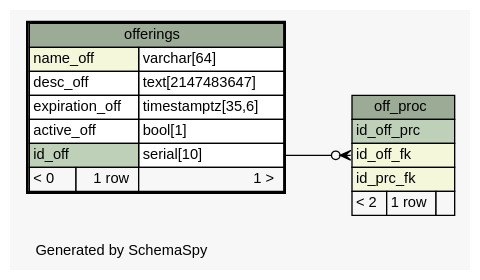
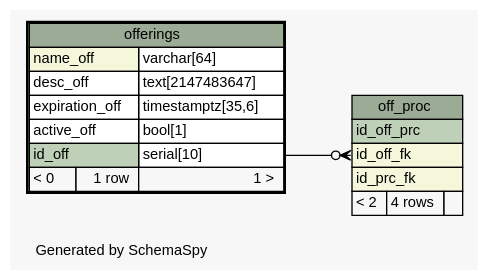
One commit to istSOS/istsos2 changed the diagram in documentation/_static/istsosDB/diagrams/offerings.1degree.dot. Above: the diagram before and after it, drawn with Graphviz. The commit also changed 92 other files, not shown here.

Commit message:
add new schema documentation

```diff
--- a/documentation/_static/istsosDB/diagrams/offerings.1degree.dot
+++ b/documentation/_static/istsosDB/diagrams/offerings.1degree.dot
@@ -1,49 +1,49 @@
-// dot 2.26.3 on Linux 3.2.0-38-generic-pae
-// SchemaSpy rev 590
+// dot 2.36.0 on Linux 3.16.7-031607-generic
+// SchemaSpy rev Unknown
 digraph "oneDegreeRelationshipsDiagram" {
   graph [
     rankdir="RL"
     bgcolor="#f7f7f7"
     label="\nGenerated by SchemaSpy"
     labeljust="l"
     nodesep="0.18"
     ranksep="0.46"
     fontname="Helvetica"
     fontsize="11"
   ];
   node [
     fontname="Helvetica"
     fontsize="11"
     shape="plaintext"
   ];
   edge [
     arrowsize="0.8"
   ];
   "off_proc":"id_off_fk":w -> "offerings":"id_off.type":e [arrowhead=none dir=back arrowtail=crowodot];
   "off_proc" [
     label=<
     <TABLE BORDER="0" CELLBORDER="1" CELLSPACING="0" BGCOLOR="#ffffff">
       <TR><TD COLSPAN="3" BGCOLOR="#9bab96" ALIGN="CENTER">off_proc</TD></TR>
       <TR><TD PORT="id_off_prc" COLSPAN="3" BGCOLOR="#bed1b8" ALIGN="LEFT">id_off_prc</TD></TR>
       <TR><TD PORT="id_off_fk" COLSPAN="3" BGCOLOR="#f4f7da" ALIGN="LEFT">id_off_fk</TD></TR>
       <TR><TD PORT="id_prc_fk" COLSPAN="3" BGCOLOR="#f4f7da" ALIGN="LEFT">id_prc_fk</TD></TR>
-      <TR><TD ALIGN="LEFT" BGCOLOR="#f7f7f7">&lt; 2</TD><TD ALIGN="RIGHT" BGCOLOR="#f7f7f7">1 row</TD><TD ALIGN="RIGHT" BGCOLOR="#f7f7f7">  </TD></TR>
+      <TR><TD ALIGN="LEFT" BGCOLOR="#f7f7f7">&lt; 2</TD><TD ALIGN="RIGHT" BGCOLOR="#f7f7f7">4 rows</TD><TD ALIGN="RIGHT" BGCOLOR="#f7f7f7">  </TD></TR>
     </TABLE>>
     URL="off_proc.html"
     tooltip="off_proc"
   ];
   "offerings" [
     label=<
     <TABLE BORDER="2" CELLBORDER="1" CELLSPACING="0" BGCOLOR="#ffffff">
       <TR><TD COLSPAN="3" BGCOLOR="#9bab96" ALIGN="CENTER">offerings</TD></TR>
       <TR><TD PORT="name_off" COLSPAN="2" BGCOLOR="#f4f7da" ALIGN="LEFT">name_off</TD><TD PORT="name_off.type" ALIGN="LEFT">varchar[64]</TD></TR>
       <TR><TD PORT="desc_off" COLSPAN="2" ALIGN="LEFT">desc_off</TD><TD PORT="desc_off.type" ALIGN="LEFT">text[2147483647]</TD></TR>
       <TR><TD PORT="expiration_off" COLSPAN="2" ALIGN="LEFT">expiration_off</TD><TD PORT="expiration_off.type" ALIGN="LEFT">timestamptz[35,6]</TD></TR>
       <TR><TD PORT="active_off" COLSPAN="2" ALIGN="LEFT">active_off</TD><TD PORT="active_off.type" ALIGN="LEFT">bool[1]</TD></TR>
       <TR><TD PORT="id_off" COLSPAN="2" BGCOLOR="#bed1b8" ALIGN="LEFT">id_off</TD><TD PORT="id_off.type" ALIGN="LEFT">serial[10]</TD></TR>
       <TR><TD ALIGN="LEFT" BGCOLOR="#f7f7f7">&lt; 0</TD><TD ALIGN="RIGHT" BGCOLOR="#f7f7f7">1 row</TD><TD ALIGN="RIGHT" BGCOLOR="#f7f7f7">1 &gt;</TD></TR>
     </TABLE>>
     URL="offerings.html"
     tooltip="offerings"
   ];
 }
```
